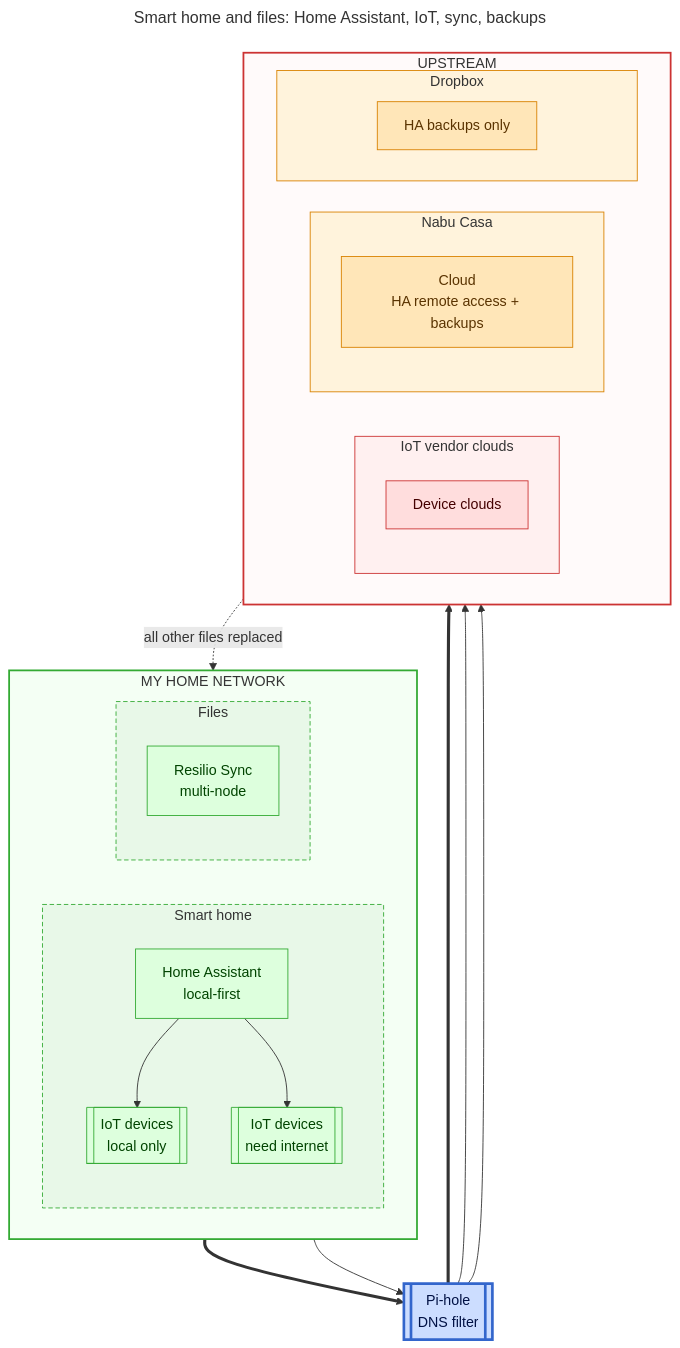
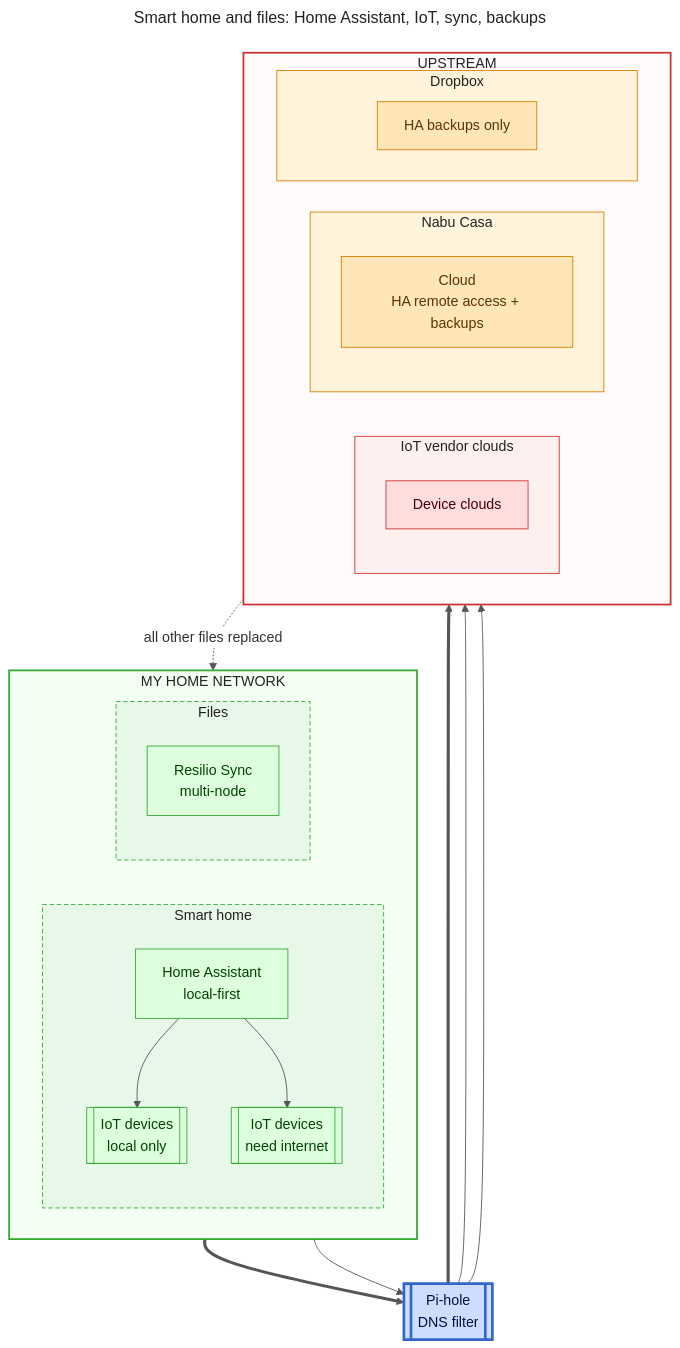
One commit to lowlydba/torch-the-tech changed the second of 3 diagrams in README.md. Above: the diagram before and after it, drawn with Mermaid. The commit also changed other lines of this file, not shown here.

Commit message:
Use dark text on pastel backgrounds

````diff
--- a/README.md
+++ b/README.md
@@ -106,65 +113,72 @@
 ```mermaid
 ---
 title: "Smart home and files: Home Assistant, IoT, sync, backups"
+config:
+  theme: base
+  themeVariables:
+    textColor: '#222222'
+    titleColor: '#222222'
+    edgeLabelBackground: '#ffffff'
+    lineColor: '#555555'
 ---
 flowchart TB
     subgraph home["MY HOME NETWORK"]
         direction LR
 
         subgraph h_smart["Smart home"]
             direction TB
             ha[Home Assistant<br/>local-first]
             iot_l[[IoT devices<br/>local only]]
             iot_c[[IoT devices<br/>need internet]]
             ha --> iot_l
             ha --> iot_c
         end
 
         subgraph h_files["Files"]
             direction TB
             resilio[Resilio Sync<br/>multi-node]
         end
     end
 
     pihole[[Pi-hole<br/>DNS filter]]
 
     subgraph out["UPSTREAM"]
         direction LR
 
         subgraph vendors["IoT vendor clouds"]
             vcloud[Device clouds]
         end
 
         subgraph nabu["Nabu Casa"]
             nabucloud[Cloud<br/>HA remote access + backups]
         end
 
         subgraph dropbox["Dropbox"]
             dbx[HA backups only]
         end
     end
 
     h_smart ==> pihole
     h_files --> pihole
     pihole ==> vendors
     pihole --> nabu
     pihole --> dropbox
 
     dbx -. "all other files replaced" .-> resilio
 
     classDef big fill:#fdd,stroke:#c33,color:#400
     classDef self fill:#dfd,stroke:#3a3,color:#040
     classDef gate fill:#cdf,stroke:#36c,stroke-width:3px,color:#014
     classDef hosted fill:#ffe6b8,stroke:#d98200,color:#5a3300
     class vcloud big
     class nabucloud,dbx hosted
     class ha,iot_l,iot_c,resilio self
     class pihole gate
-    style home fill:#f4fff4,stroke:#3a3,stroke-width:2px
-    style out fill:#fffafa,stroke:#c33,stroke-width:2px
-    style h_smart fill:#e8f8e8,stroke:#3a3,stroke-dasharray: 5 3
-    style h_files fill:#e8f8e8,stroke:#3a3,stroke-dasharray: 5 3
-    style vendors fill:#fff0f0,stroke:#c33
-    style nabu fill:#fff3dc,stroke:#d98200
-    style dropbox fill:#fff3dc,stroke:#d98200
+    style home fill:#f4fff4,stroke:#3a3,stroke-width:2px,color:#222
+    style out fill:#fffafa,stroke:#c33,stroke-width:2px,color:#222
+    style h_smart fill:#e8f8e8,stroke:#3a3,stroke-dasharray: 5 3,color:#222
+    style h_files fill:#e8f8e8,stroke:#3a3,stroke-dasharray: 5 3,color:#222
+    style vendors fill:#fff0f0,stroke:#c33,color:#222
+    style nabu fill:#fff3dc,stroke:#d98200,color:#222
+    style dropbox fill:#fff3dc,stroke:#d98200,color:#222
 ```
````
